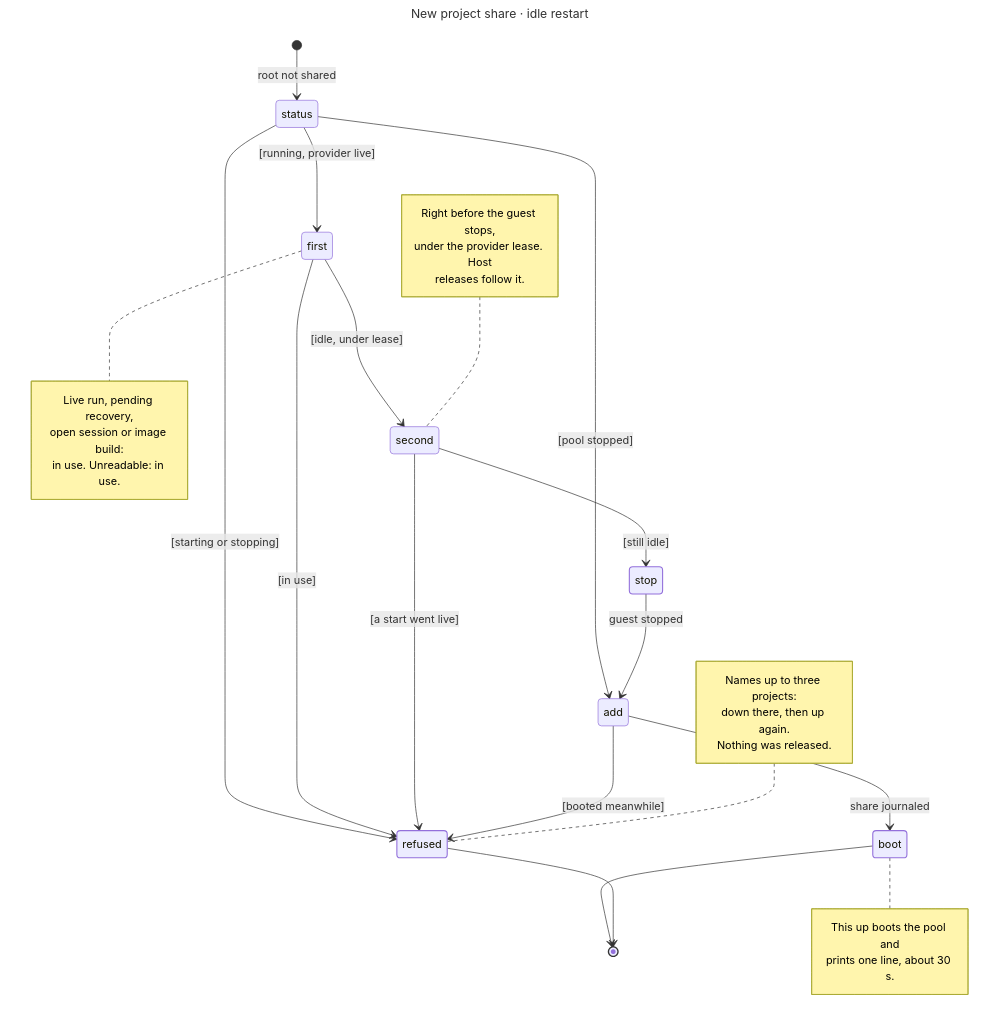
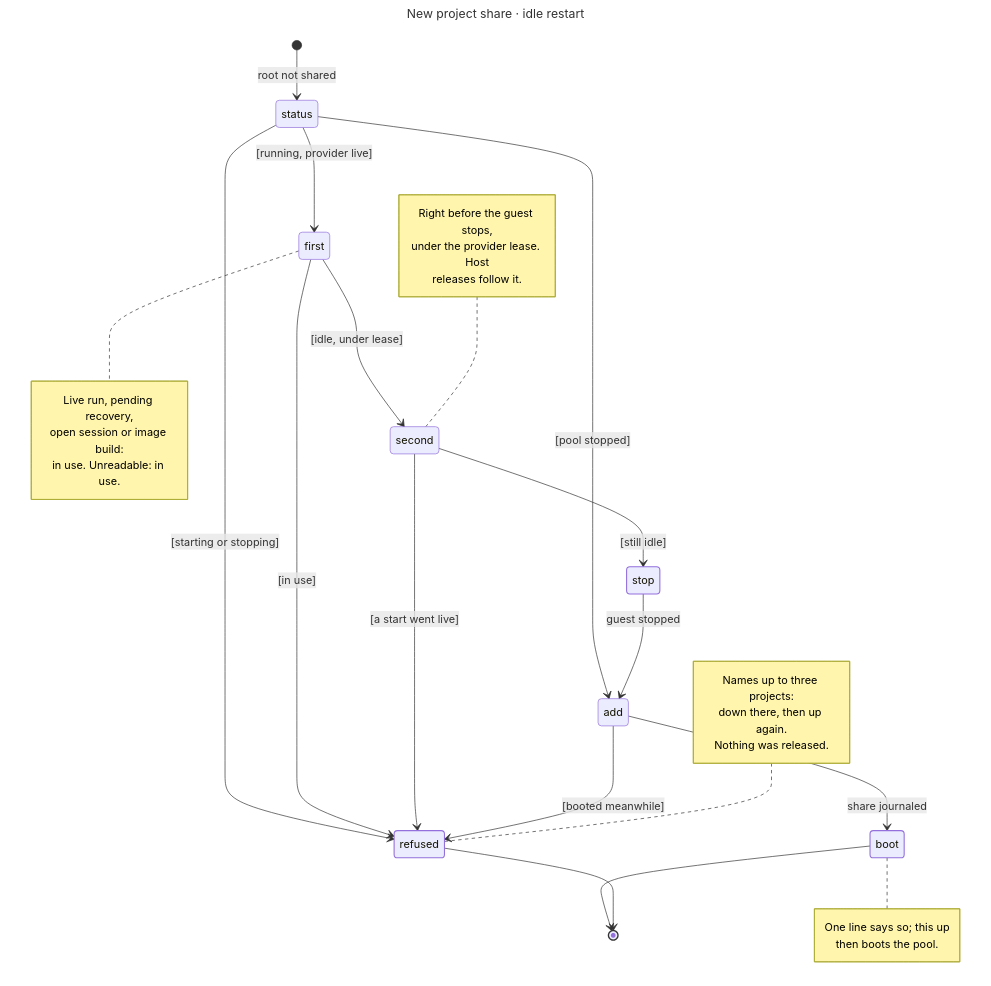
The diagram in docs/diagrams/native-idle-pool-restart.mmd (hack-dance/hack), drawn with Mermaid before and after one commit. The commit also changed 9 other files, not shown here.

First line of the commit message:
fix(native): a detached start shows the idle-pool restart line, without a time figure (HACK-2535)

```diff
--- a/docs/diagrams/native-idle-pool-restart.mmd
+++ b/docs/diagrams/native-idle-pool-restart.mmd
@@ -1,49 +1,49 @@
 ---
 title: New project share · idle restart
 ---
 stateDiagram-v2
     direction TB
     classDef ok stroke-width:1.6px
     classDef wait stroke-width:1.6px
     classDef fail stroke-width:1.6px
 
     [*] --> status : root not shared
     state status <<choice>>
     status --> add : [pool stopped]
     status --> first : [running, provider live]
     status --> refused : [starting or stopping]
     state first <<choice>>
     first --> second : [idle, under lease]
     first --> refused : [in use]
     state second <<choice>>
     second --> stop : [still idle]
     second --> refused : [a start went live]
     stop --> add : guest stopped
     add --> boot : share journaled
     add --> refused : [booted meanwhile]
     boot --> [*]
     refused --> [*]
 
     note right of first
         Live run, pending recovery,
         open session or image build:
         in use. Unreadable: in use.
     end note
     note left of second
         Right before the guest stops,
         under the provider lease. Host
         releases follow it.
     end note
     note right of boot
-        This up boots the pool and
-        prints one line, about 30 s.
+        One line says so; this up
+        then boots the pool.
     end note
     note left of refused
         Names up to three projects:
         down there, then up again.
         Nothing was released.
     end note
 
     class boot ok
     class stop wait
     class refused fail
```
